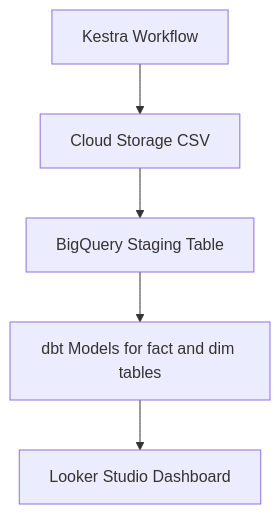
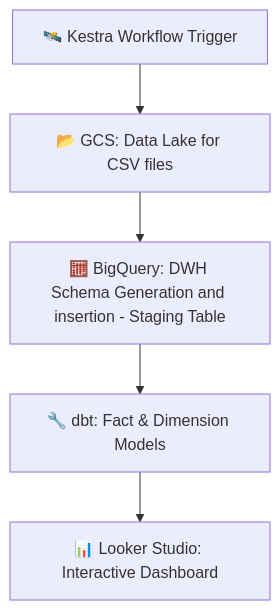
Before and after one commit to khushal2911/GD-ETL-Flow-Batch_Data_Pipeline: the diagram in README.md, drawn with Mermaid.

Commit message:
Updated README with nicer mermaid

````diff
--- a/README.md
+++ b/README.md
@@ -26,7 +26,7 @@
 ```mermaid
 flowchart TD
-    A[Kestra Workflow] --> B[Cloud Storage CSV]
-    B --> C[BigQuery Staging Table]
-    C --> D[dbt Models for fact and dim tables]
-    D --> E[Looker Studio Dashboard]
+    A[🛰️ Kestra Workflow Trigger] --> B[📂 GCS: Data Lake for CSV files ]
+    B --> C[🧮 BigQuery: DWH Schema Generation and insertion - Staging Table ]
+    C --> D[🔧 dbt: Fact & Dimension Models]
+    D --> E[📊 Looker Studio: Interactive Dashboard]
 ```
````
